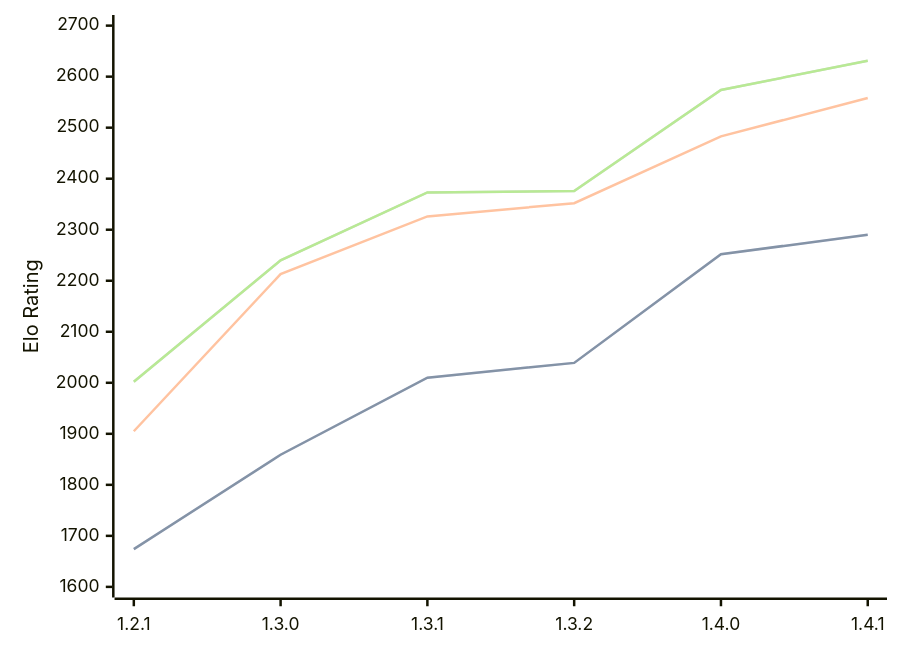
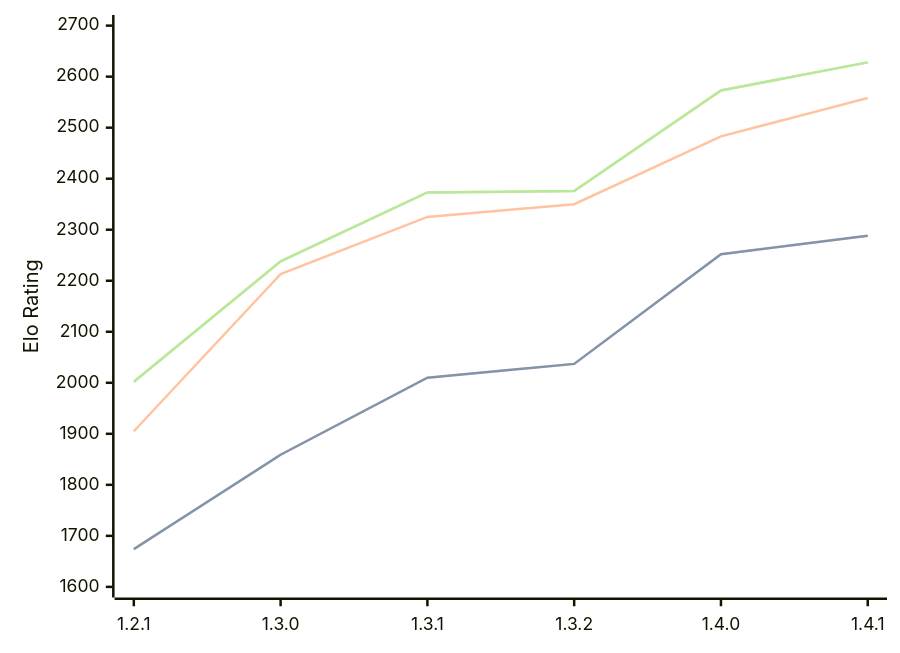
The first of 3 diagrams in engines/Chal.md (computer-chess-index/cci), drawn with Mermaid before and after one commit. The commit also changed other lines of this file, not shown here.

Commit message:
Update CCI Ratings (ELO VLTC) - 2026-06-19

````diff
--- a/engines/Chal.md
+++ b/engines/Chal.md
@@ -39,11 +39,11 @@
 ```mermaid
 %%{init: {"theme":"base","themeVariables":{"seriesColors:['#a3a3a3','#222221','#faa371']}}}%%
 xychart-beta
   x-axis ["1.2.1", "1.3.0", "1.3.1", "1.3.2", "1.4.0", "1.4.1"]
   y-axis "Elo Rating" 1600 --> 2700
-  line "STC (8.0+0.08s)" [1674, 1859, 2010, 2039, 2252, 2290]
-  line "STC (8.0+0.08s)" [1674, 1859, 2010, 2039, 2252, 2290]
-  line "LTC (60.0+0.60s)" [1905, 2213, 2326, 2352, 2483, 2558]
-  line "VLTC (2m24s+1.12s)" [2002, 2240, 2373, 2376, 2574, 2631]
-  line "VLTC (2m24s+1.12s)" [2002, 2240, 2373, 2376, 2574, 2631]
+  line "STC (8.0+0.08s)" [1674, 1859, 2010, 2037, 2252, 2288]
+  line "STC (8.0+0.08s)" [1674, 1859, 2010, 2037, 2252, 2288]
+  line "LTC (60.0+0.60s)" [1905, 2213, 2325, 2350, 2483, 2558]
+  line "VLTC (2m24s+1.12s)" [2002, 2238, 2373, 2376, 2573, 2628]
+  line "VLTC (2m24s+1.12s)" [2002, 2238, 2373, 2376, 2573, 2628]
 ```
````
